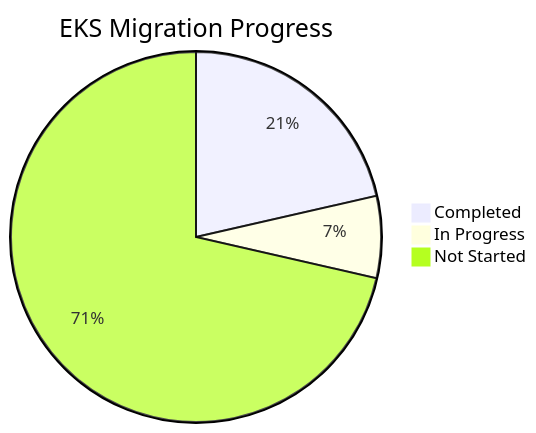
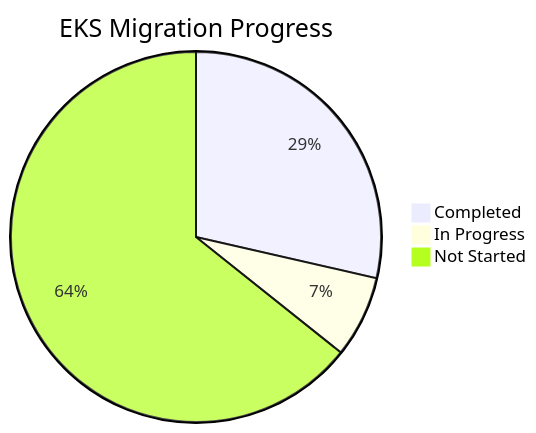
Before and after one commit to yoonsoo-park/k8s-n8n-nabi: the first of 3 diagrams in memory-bank/tasks.md, drawn with Mermaid. The commit also changed other lines of this file, not shown here.

````diff
--- a/memory-bank/tasks.md
+++ b/memory-bank/tasks.md
@@ -366,6 +367,6 @@
 ```mermaid
 pie title EKS Migration Progress
-    "Completed" : 3
+    "Completed" : 4
     "In Progress" : 1
-    "Not Started" : 10
+    "Not Started" : 9
 ```
````
